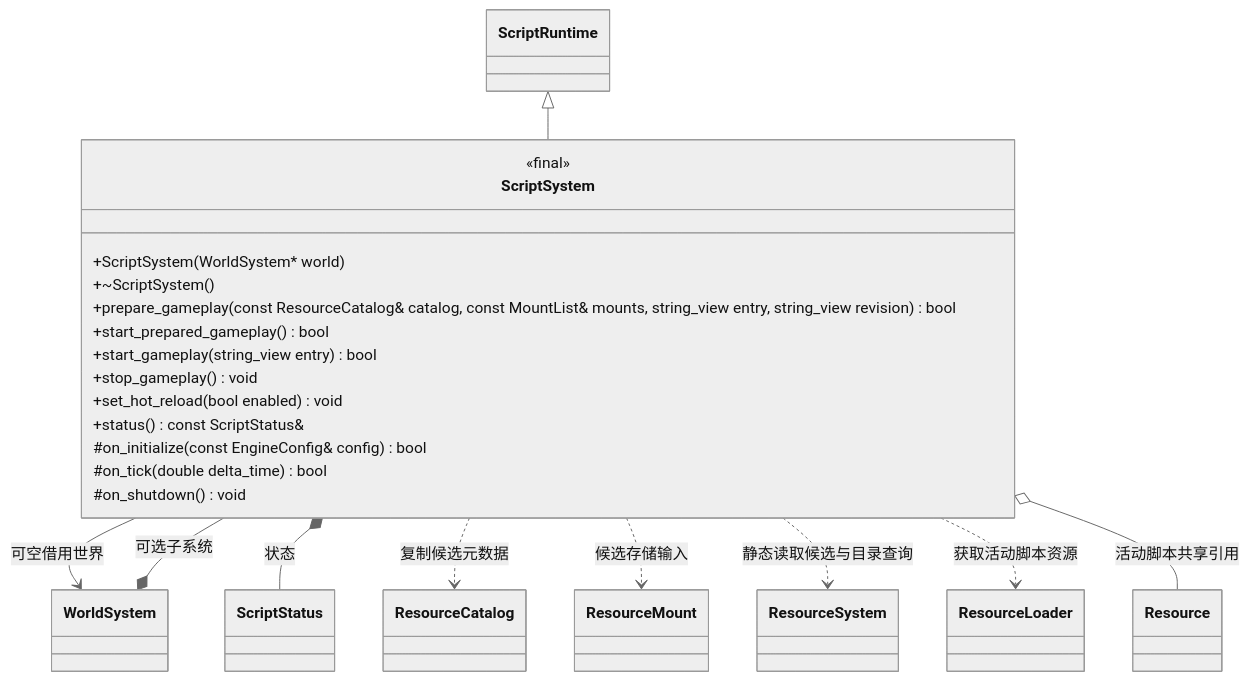
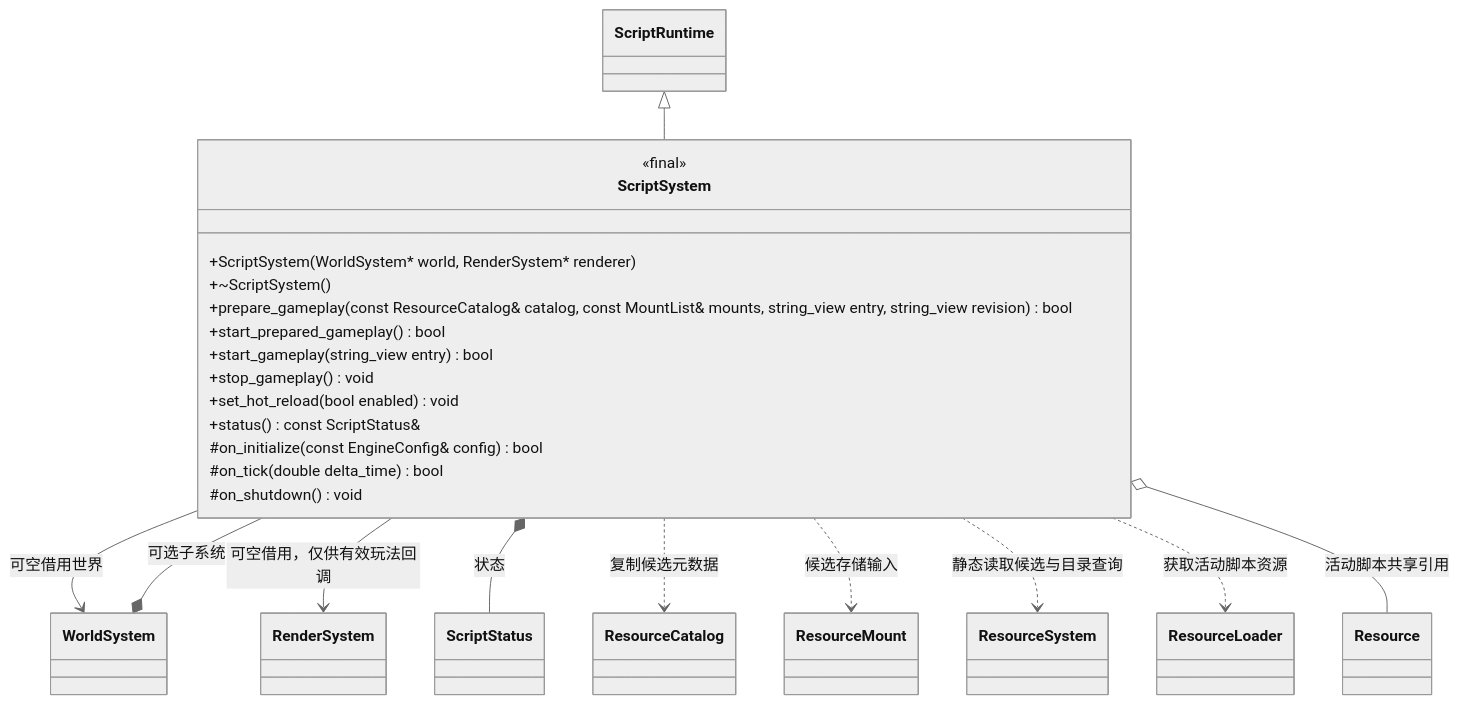
Before and after one commit to lcals/Engine: the first of 2 diagrams in docs/plugins/runtime/class-diagrams/script-system.md, drawn with Mermaid (neutral theme). The commit also changed other lines of this file and 2455 other files, not shown here.

````diff
--- a/docs/plugins/runtime/class-diagrams/script-system.md
+++ b/docs/plugins/runtime/class-diagrams/script-system.md
@@ -9,34 +9,36 @@
 ```mermaid
 classDiagram
     class ScriptSystem {
         <<final>>
-        +ScriptSystem(WorldSystem#42; world)
+        +ScriptSystem(WorldSystem#42; world, RenderSystem#42; renderer)
         +~ScriptSystem()
         +prepare_gameplay(const ResourceCatalog& catalog, const MountList& mounts, string_view entry, string_view revision) bool
         +start_prepared_gameplay() bool
         +start_gameplay(string_view entry) bool
         +stop_gameplay() void
         +set_hot_reload(bool enabled) void
         +status() const ScriptStatus&
         #on_initialize(const EngineConfig& config) bool
         #on_tick(double delta_time) bool
         #on_shutdown() void
     }
     class ScriptStatus
     class ScriptRuntime
     class WorldSystem
+    class RenderSystem
     class ResourceCatalog
     class ResourceMount
     class Resource
     class ResourceSystem
     class ResourceLoader
     ScriptRuntime <|-- ScriptSystem
     WorldSystem *-- ScriptSystem : 可选子系统
     ScriptSystem --> WorldSystem : 可空借用世界
+    ScriptSystem --> RenderSystem : 可空借用，仅供有效玩法回调
     ScriptSystem *-- ScriptStatus : 状态
     ScriptSystem ..> ResourceCatalog : 复制候选元数据
     ScriptSystem ..> ResourceMount : 候选存储输入
     ScriptSystem ..> ResourceSystem : 静态读取候选与目录查询
     ScriptSystem ..> ResourceLoader : 获取活动脚本资源
     ScriptSystem o-- Resource : 活动脚本共享引用
 ```
````
